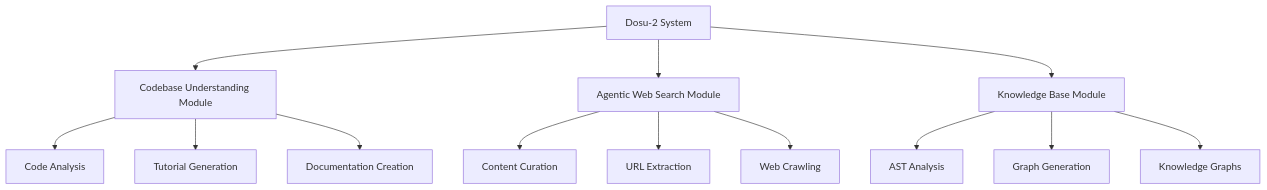
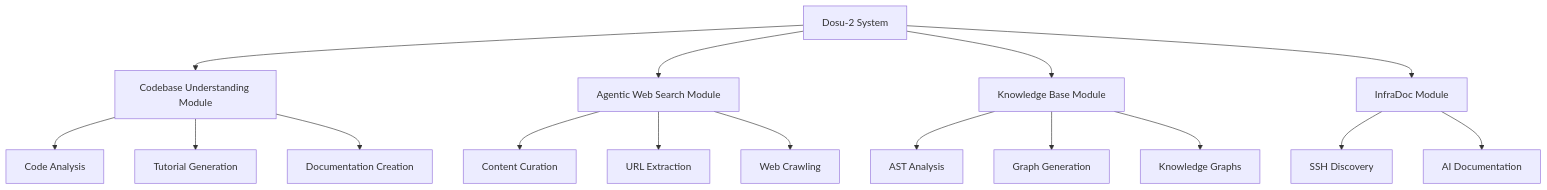
The first of 5 diagrams in README.md (uspraveen/Dosu-2), drawn with Mermaid before and after one commit. The commit also changed other lines of this file and 1 other file, not shown here.

Commit message:
Update InfraDoc docs and integrate into main README

````diff
--- a/README.md
+++ b/README.md
@@ -28,18 +28,21 @@
 ```mermaid
 graph TB
     A[Dosu-2 System] --> B[Codebase Understanding Module]
-    A --> C[Agentic Web Search Module] 
+    A --> C[Agentic Web Search Module]
     A --> D[Knowledge Base Module]
+    A --> E[InfraDoc Module]
     
     B --> B1[Code Analysis]
     B --> B2[Tutorial Generation]
     B --> B3[Documentation Creation]
     
     C --> C1[Content Curation]
     C --> C2[URL Extraction]
     C --> C3[Web Crawling]
     
     D --> D1[AST Analysis]
-    D --> D2[Graph Generation] 
+    D --> D2[Graph Generation]
     D --> D3[Knowledge Graphs]
+    E --> E1[SSH Discovery]
+    E --> E2[AI Documentation]
 ```
````
